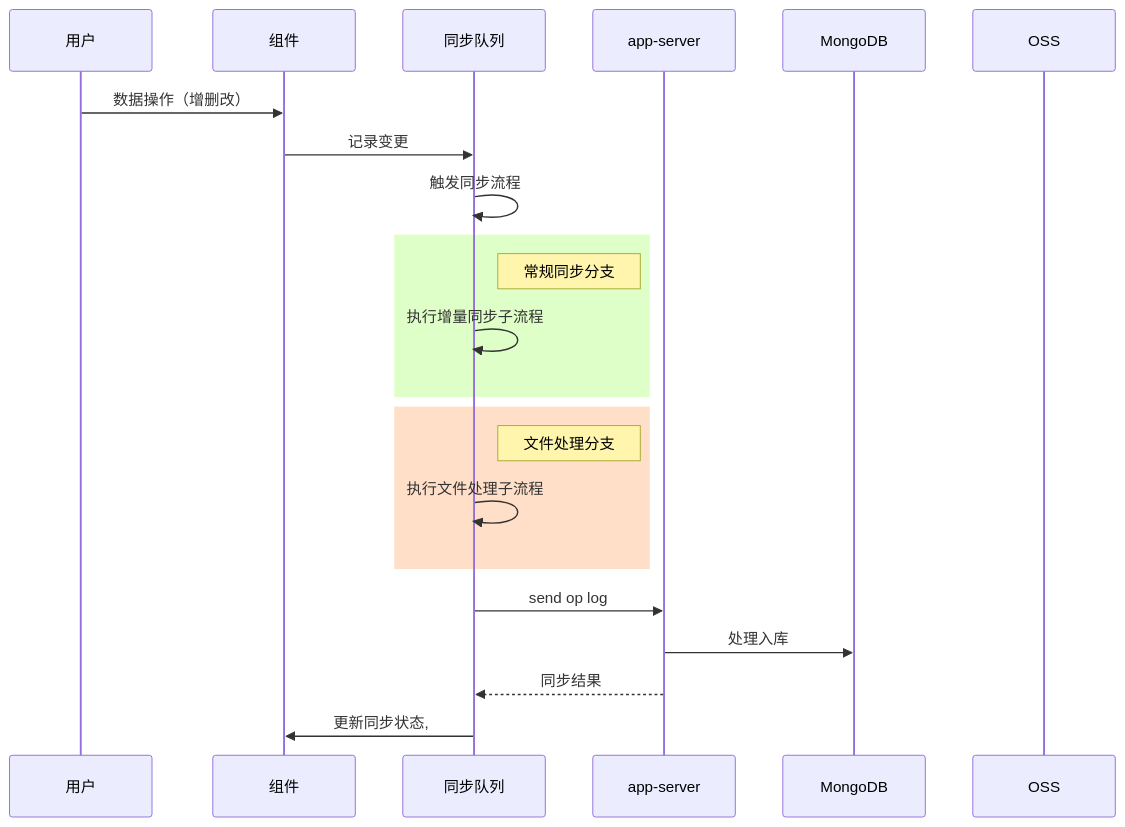
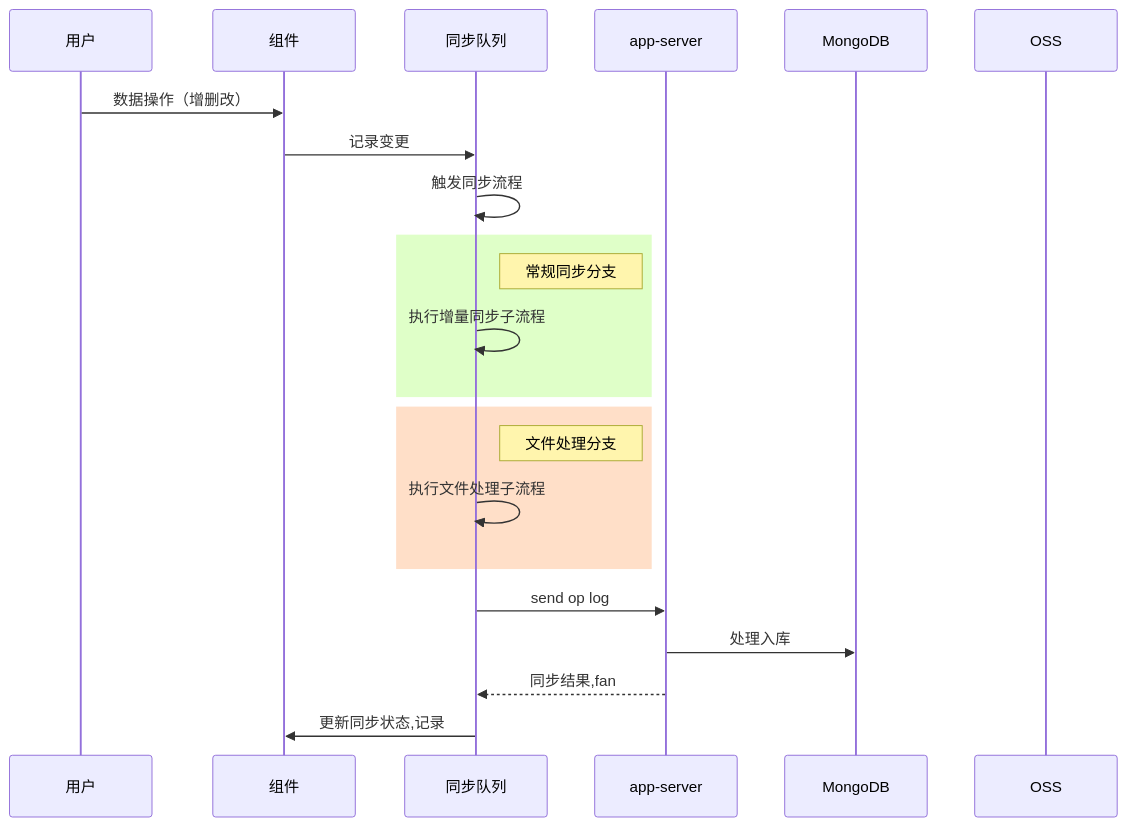
Before and after one commit to yingjianzh/iodraw-files: the diagram in all/未命名-24.md, drawn with Mermaid.

Commit message:
2025-02-24 16:23:29 update

````diff
--- a/all/未命名-24.md
+++ b/all/未命名-24.md
@@ -1,33 +1,33 @@
 ```mermaid
 
 sequenceDiagram
     participant 用户
     participant 组件
     participant 同步队列
     participant app-server
     participant MongoDB
     participant OSS
 
 
     用户->>组件: 数据操作（增删改）
     组件->>同步队列: 记录变更
     同步队列->>同步队列: 触发同步流程
 
 
     rect rgb(223,255,200)
     Note right of 同步队列: 常规同步分支
     同步队列->>同步队列: 执行增量同步子流程
     end
 
     rect rgb(255,223,200)
     Note right of 同步队列: 文件处理分支
     同步队列->>同步队列: 执行文件处理子流程
     end
     
     同步队列->>app-server: send op log
     app-server->>MongoDB: 处理入库
 
-    app-server-->>同步队列: 同步结果
-    同步队列->>组件: 更新同步状态,
+    app-server-->>同步队列: 同步结果,fan
+    同步队列->>组件: 更新同步状态,记录
 
 ```
````
